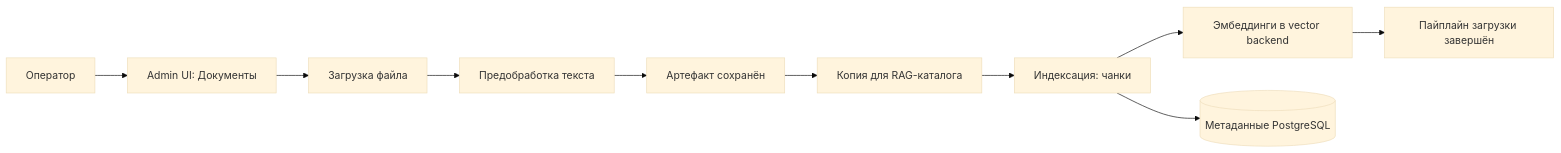
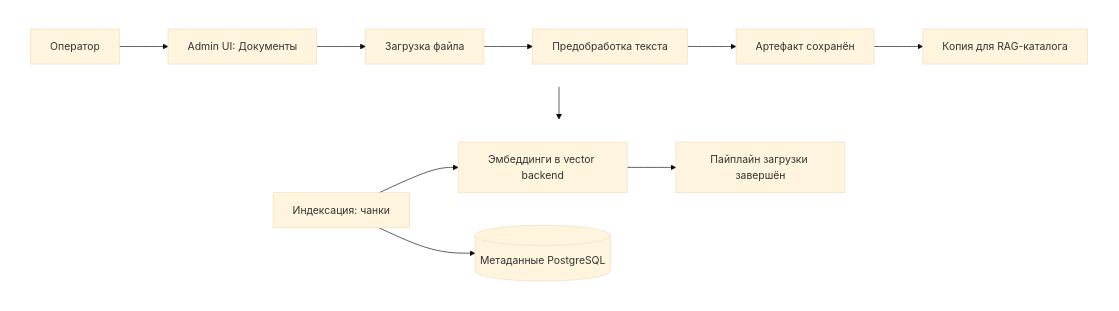
One commit to AlexLvGulyaev/Assistant-Flow changed the first of 2 diagrams in docs/ADMIN_GUIDE.md. Above: the diagram before and after it, drawn with Mermaid (base theme). The commit also changed 1 other file, not shown here.

Commit message:
docs: ARCHITECTURE переработан по референсу AIC; ADMIN_GUIDE схема индексации в два ряда
- ARCHITECTURE: шапка H1 → дарк-hero → паспорт, вводка reference-документа,
  новые секции Архитектурные принципы, Данные и хранилища (инвентарь PG),
  sequenceDiagram потоков RAG и async-индексации, deployment-диаграмма
- убраны: «документ дополняет README», абзац «следующий этап», фраза «Та же схема»
- ADMIN_GUIDE: схема индексации переведена на двухрядную компоновку

````diff
--- a/docs/ADMIN_GUIDE.md
+++ b/docs/ADMIN_GUIDE.md
@@ -69,12 +69,15 @@
 ```mermaid
-flowchart LR
-    OP[Оператор] --> UI[Admin UI: Документы]
-    UI --> S1[Загрузка файла]
-    S1 --> S2[Предобработка текста]
-    S2 --> S3[Артефакт сохранён]
-    S3 --> S4[Копия для RAG-каталога]
-    S4 --> S5[Индексация: чанки]
-    S5 --> S6[Эмбеддинги в vector backend]
-    S5 --> PG[(Метаданные PostgreSQL)]
-    S6 --> S7[Пайплайн загрузки завершён]
+flowchart TB
+    subgraph r1 [" "]
+        direction LR
+        OP[Оператор] --> UI[Admin UI: Документы] --> S1[Загрузка файла] --> S2[Предобработка текста] --> S3[Артефакт сохранён] --> S4[Копия для RAG-каталога]
+    end
+    subgraph r2 [" "]
+        direction LR
+        S5[Индексация: чанки] --> S6[Эмбеддинги в vector backend] --> S7[Пайплайн загрузки завершён]
+        S5 --> PG[(Метаданные PostgreSQL)]
+    end
+    r1 --> r2
+    style r1 fill:none,stroke:none
+    style r2 fill:none,stroke:none
 ```
````
